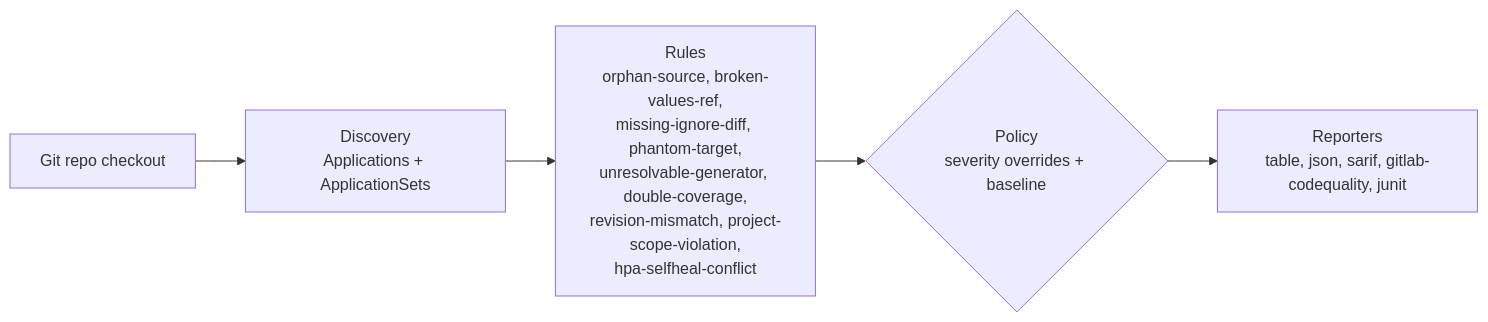
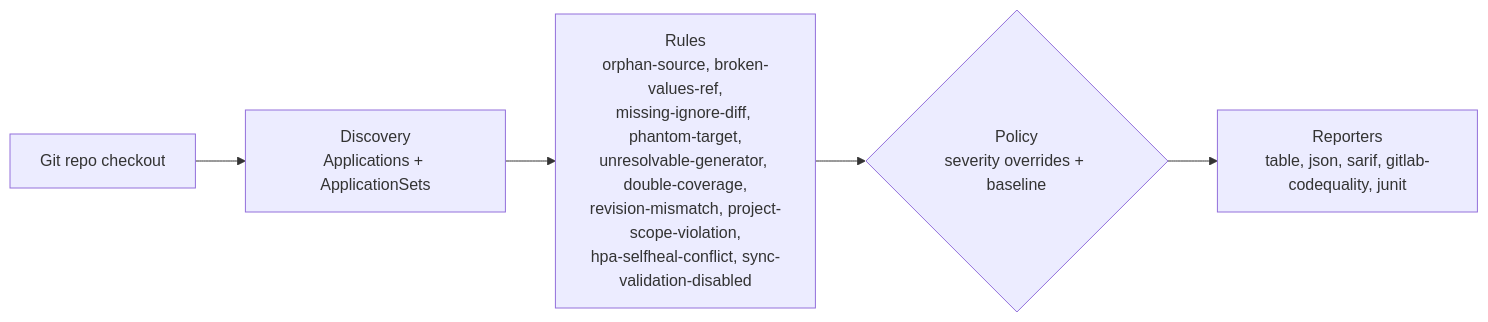
Before and after one commit to actions-marketplace-validations/gillesl-dev_argocd-source-lint: the diagram in README.md, drawn with Mermaid. The commit also changed other lines of this file and 14 other files, not shown here.

First line of the commit message:
fix: cap matrix generator at 2 children, add sync-validation-disabled rule

````diff
--- a/README.md
+++ b/README.md
@@ -70,7 +71,7 @@
 ```mermaid
 flowchart LR
     A["Git repo checkout"] --> B["Discovery<br/>Applications + ApplicationSets"]
-    B --> C["Rules<br/>orphan-source, broken-values-ref,<br/>missing-ignore-diff, phantom-target,<br/>unresolvable-generator, double-coverage,<br/>revision-mismatch, project-scope-violation,<br/>hpa-selfheal-conflict"]
+    B --> C["Rules<br/>orphan-source, broken-values-ref,<br/>missing-ignore-diff, phantom-target,<br/>unresolvable-generator, double-coverage,<br/>revision-mismatch, project-scope-violation,<br/>hpa-selfheal-conflict, sync-validation-disabled"]
     C --> D{"Policy<br/>severity overrides + baseline"}
     D --> E["Reporters<br/>table, json, sarif, gitlab-codequality, junit"]
 ```
````
